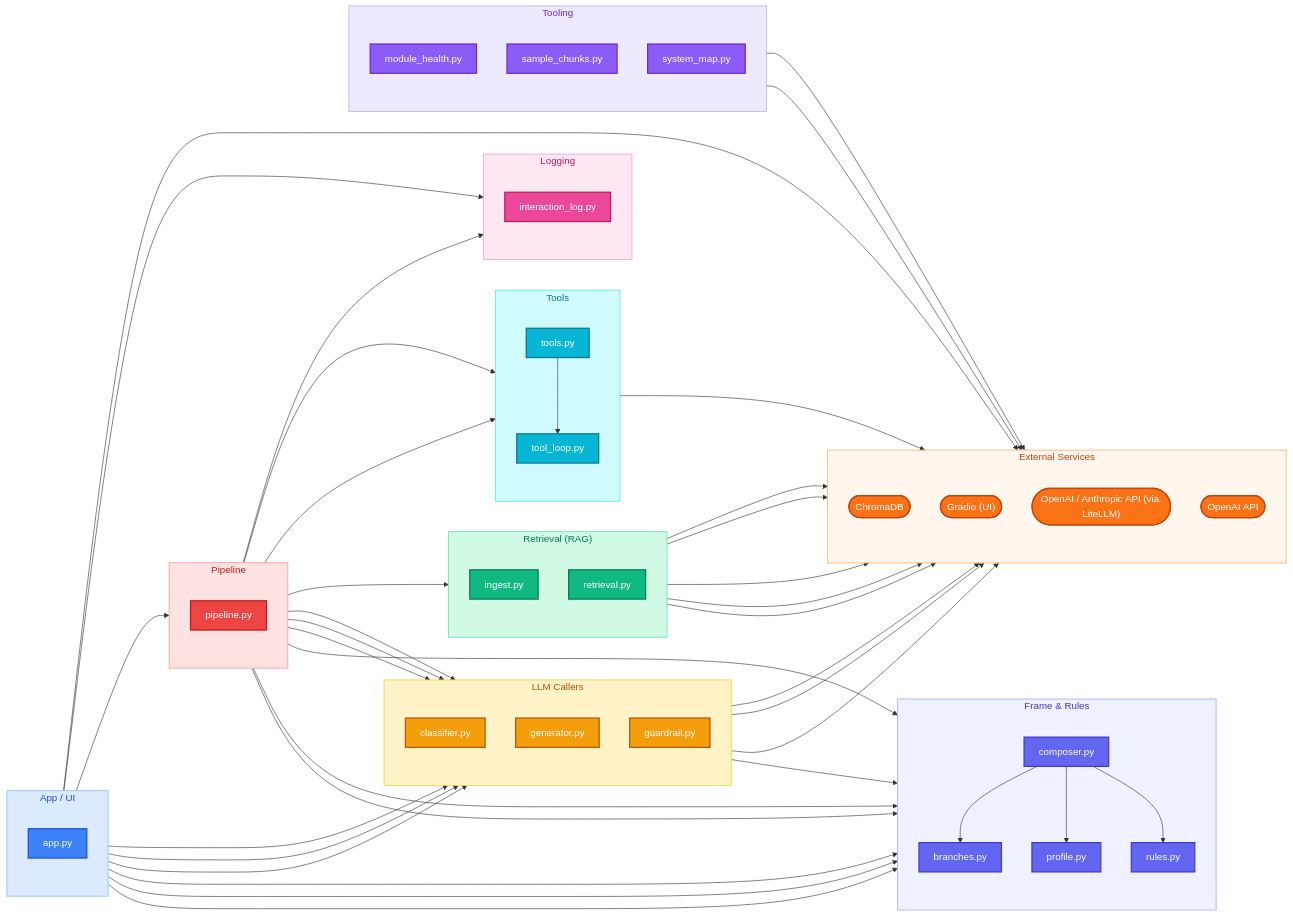
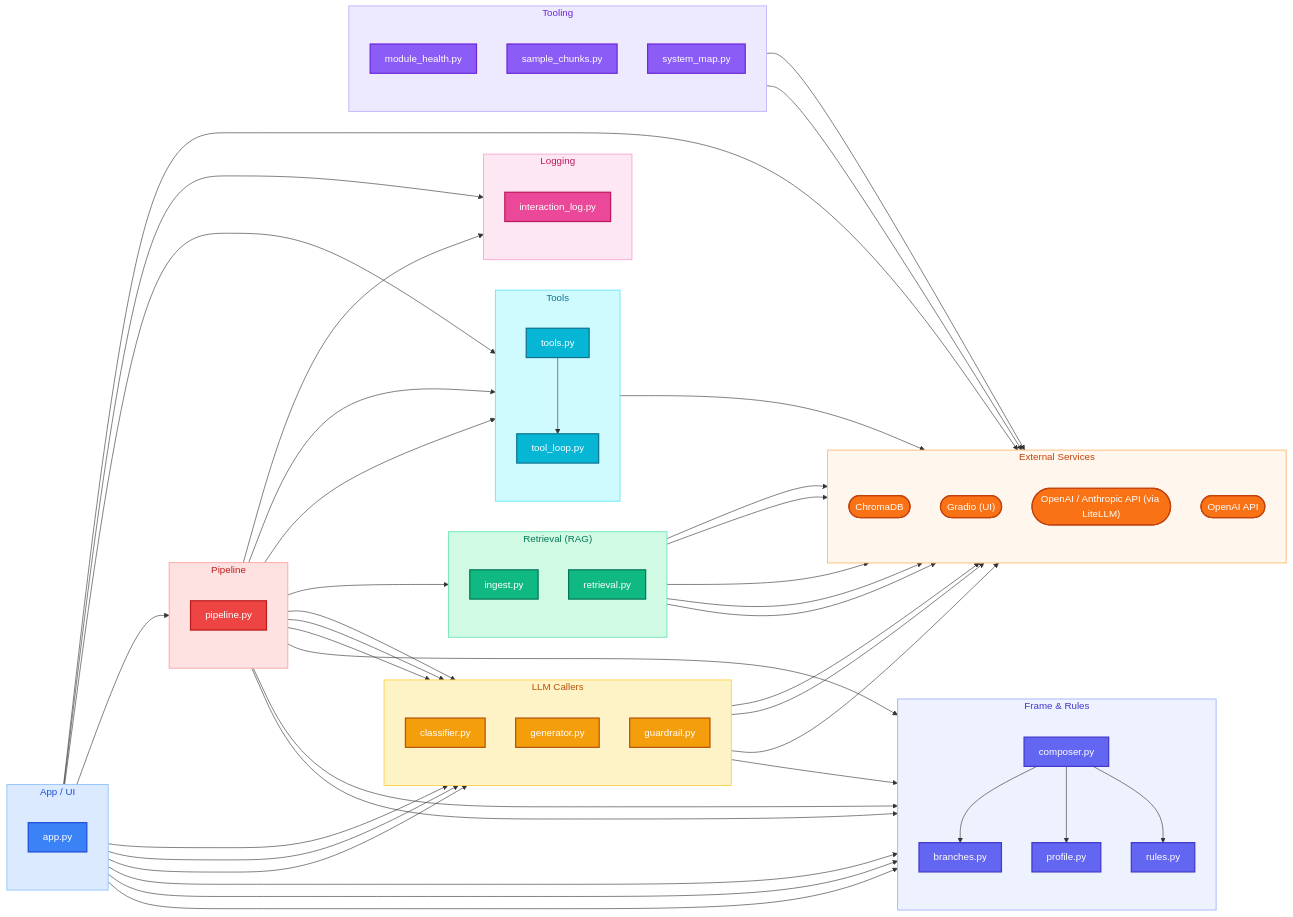
Before and after one commit to AlejandroFuentePinero/digital-twin: the second of 2 diagrams in docs/MAP.md, drawn with Mermaid. The commit also changed other lines of this file and 4 other files, not shown here.

```diff
--- a/docs/MAP.md
+++ b/docs/MAP.md
@@ -139,6 +140,7 @@
   app --> interaction_log
   app --> pipeline
   app --> profile
+  app --> tools
   composer --> branches
   composer --> profile
   composer --> rules
```
